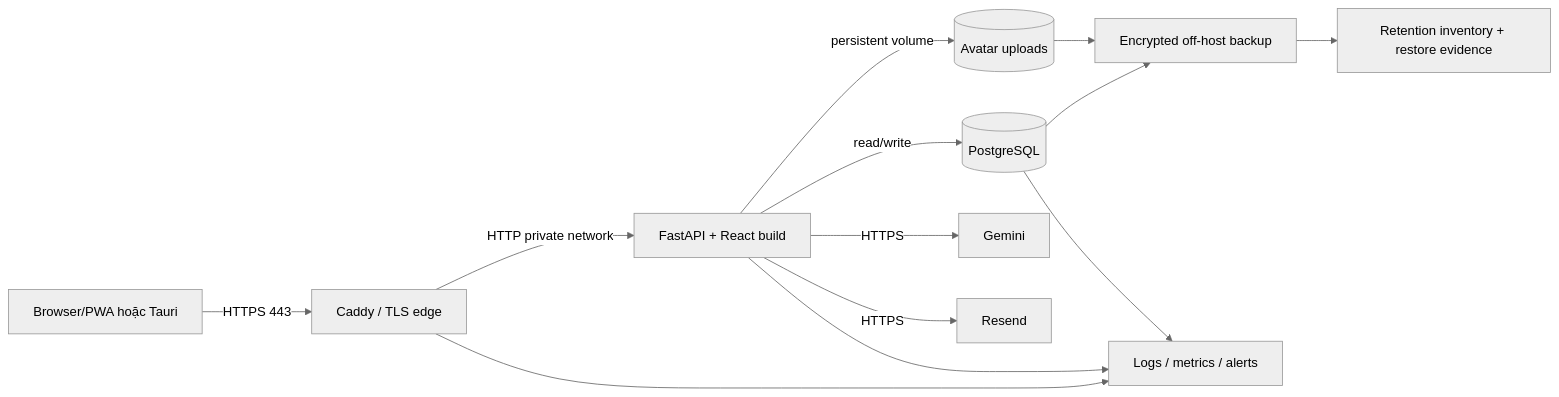
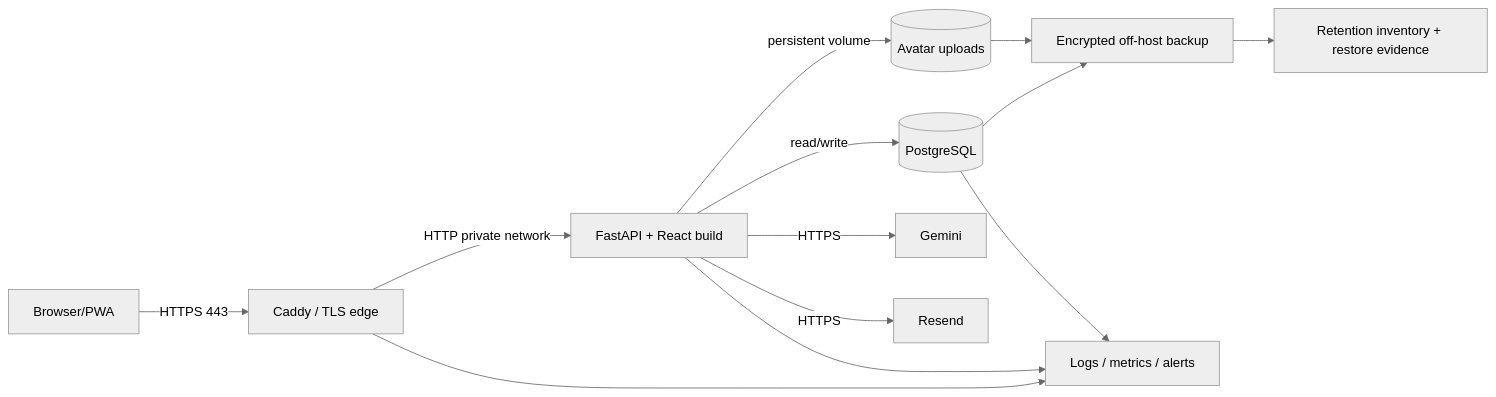
One commit to daominhtam2k6/Expense-Management-Ai-Integration changed the diagram in docs/software/deployment/deployment.md. Above: the diagram before and after it, drawn with Mermaid (neutral theme). The commit also changed 61 other files, not shown here.

````diff
--- a/docs/software/deployment/deployment.md
+++ b/docs/software/deployment/deployment.md
@@ -20,15 +20,15 @@
 ```mermaid
 flowchart LR
-    U[Browser/PWA hoặc Tauri] -->|HTTPS 443| C[Caddy / TLS edge]
+    U[Browser/PWA] -->|HTTPS 443| C[Caddy / TLS edge]
     C -->|HTTP private network| W[FastAPI + React build]
     W -->|read/write| P[(PostgreSQL)]
     W -->|persistent volume| A[(Avatar uploads)]
     W -->|HTTPS| G[Gemini]
     W -->|HTTPS| R[Resend]
     P --> B[Encrypted off-host backup]
     A --> B
     C --> L[Logs / metrics / alerts]
     W --> L
     P --> L
     B --> E[Retention inventory + restore evidence]
 ```
````
